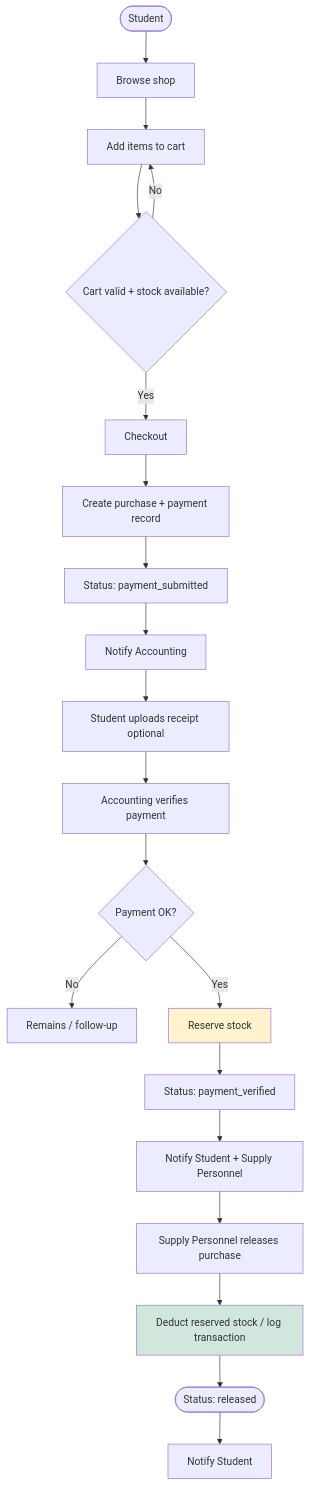
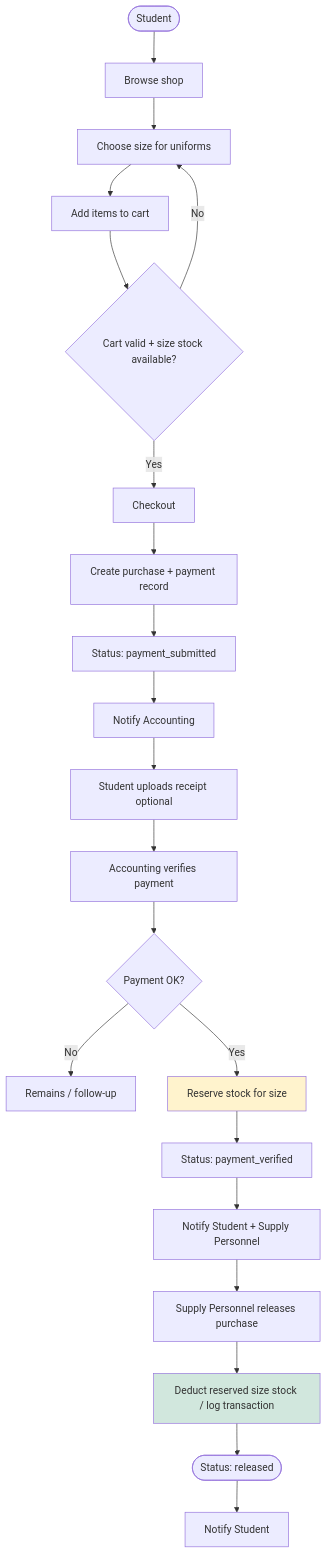
The third of 8 diagrams in docs/FLOWCHART.md (rhems95/PECIT-Smart-Inventory-System), drawn with Mermaid before and after one commit. The commit also changed other lines of this file and 42 other files, not shown here.

````diff
--- a/docs/FLOWCHART.md
+++ b/docs/FLOWCHART.md
@@ -88,25 +90,26 @@
 ```mermaid
 flowchart TD
     A([Student]) --> B[Browse shop]
-    B --> C[Add items to cart]
-    C --> D{Cart valid + stock available?}
-    D -->|No| C
-    D -->|Yes| E[Checkout]
-    E --> F[Create purchase + payment record]
-    F --> G[Status: payment_submitted]
-    G --> H[Notify Accounting]
-    H --> I[Student uploads receipt optional]
-    I --> J[Accounting verifies payment]
-    J --> K{Payment OK?}
-    K -->|No| L[Remains / follow-up]
-    K -->|Yes| M[Reserve stock]
-    M --> N[Status: payment_verified]
-    N --> O[Notify Student + Supply Personnel]
-    O --> P[Supply Personnel releases purchase]
-    P --> Q[Deduct reserved stock / log transaction]
-    Q --> R([Status: released])
-    R --> S[Notify Student]
+    B --> C[Choose size for uniforms]
+    C --> D[Add items to cart]
+    D --> E{Cart valid + size stock available?}
+    E -->|No| C
+    E -->|Yes| F[Checkout]
+    F --> G[Create purchase + payment record]
+    G --> H[Status: payment_submitted]
+    H --> I[Notify Accounting]
+    I --> J[Student uploads receipt optional]
+    J --> K[Accounting verifies payment]
+    K --> L{Payment OK?}
+    L -->|No| M[Remains / follow-up]
+    L -->|Yes| N[Reserve stock for size]
+    N --> O[Status: payment_verified]
+    O --> P[Notify Student + Supply Personnel]
+    P --> Q[Supply Personnel releases purchase]
+    Q --> R[Deduct reserved size stock / log transaction]
+    R --> S([Status: released])
+    S --> T[Notify Student]
 
-    style M fill:#fff3cd
-    style Q fill:#d1e7dd
+    style N fill:#fff3cd
+    style R fill:#d1e7dd
 ```
````
